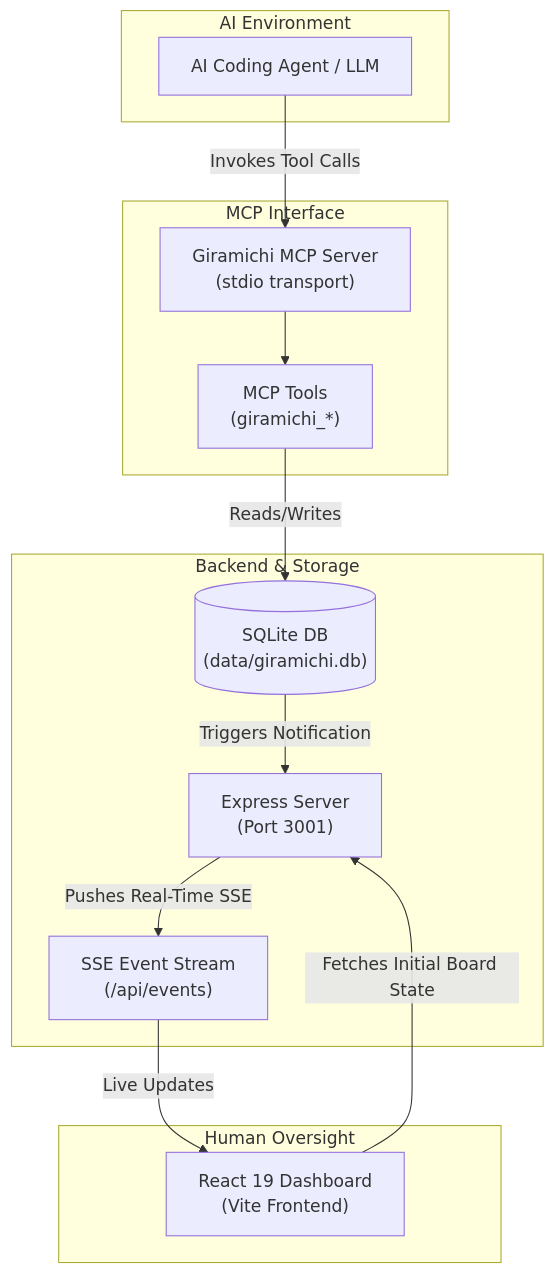
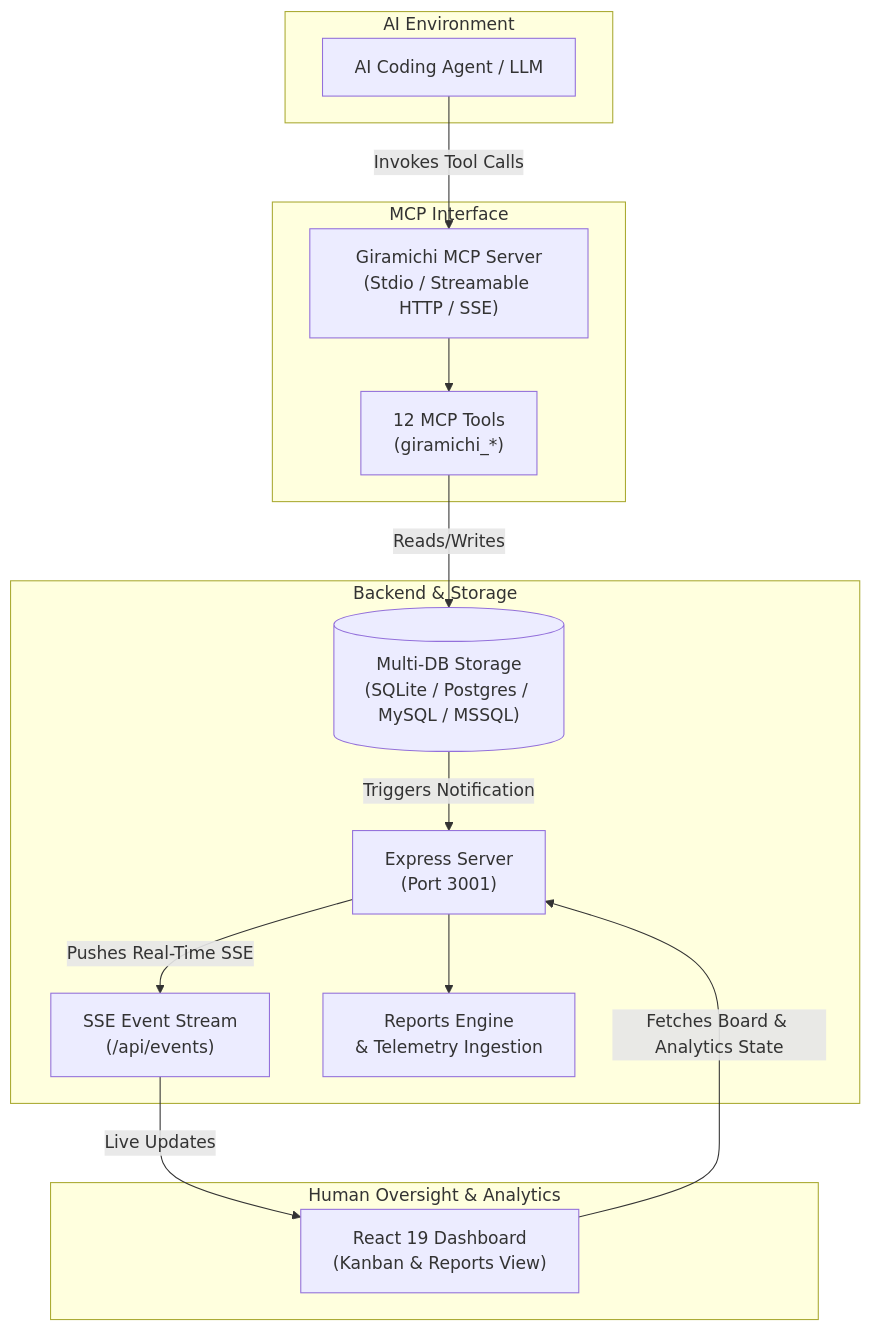
One commit to rfocosi/giramichi changed the diagram in README.md. Above: the diagram before and after it, drawn with Mermaid. The commit also changed other lines of this file and 1 other file, not shown here.

Commit message:
feat: implement multi-agent sessions, LLM telemetry ingestion, and pluggable database support

````diff
--- a/README.md
+++ b/README.md
@@ -24,29 +24,31 @@
 ```mermaid
 flowchart TD
     subgraph AI["AI Environment"]
         Agent["AI Coding Agent / LLM"]
     end
 
     subgraph MCP["MCP Interface"]
-        MCPServer["Giramichi MCP Server\n(stdio transport)"]
-        Tools["MCP Tools\n(giramichi_*)"]
+        MCPServer["Giramichi MCP Server\n(Stdio / Streamable HTTP / SSE)"]
+        Tools["12 MCP Tools\n(giramichi_*)"]
     end
 
     subgraph Core["Backend & Storage"]
-        DB[("SQLite DB\n(data/giramichi.db)")]
+        DB[("Multi-DB Storage\n(SQLite / Postgres / MySQL / MSSQL)")]
         Express["Express Server\n(Port 3001)"]
         SSE["SSE Event Stream\n(/api/events)"]
+        Reports["Reports Engine\n& Telemetry Ingestion"]
     end
 
-    subgraph Dashboard["Human Oversight"]
-        ReactApp["React 19 Dashboard\n(Vite Frontend)"]
+    subgraph Dashboard["Human Oversight & Analytics"]
+        ReactApp["React 19 Dashboard\n(Kanban & Reports View)"]
     end
 
     Agent -->|Invokes Tool Calls| MCPServer
     MCPServer --> Tools
     Tools -->|Reads/Writes| DB
     DB -->|Triggers Notification| Express
     Express -->|Pushes Real-Time SSE| SSE
     SSE -->|Live Updates| ReactApp
-    ReactApp -->|Fetches Initial Board State| Express
+    ReactApp -->|Fetches Board & Analytics State| Express
+    Express --> Reports
 ```
````
